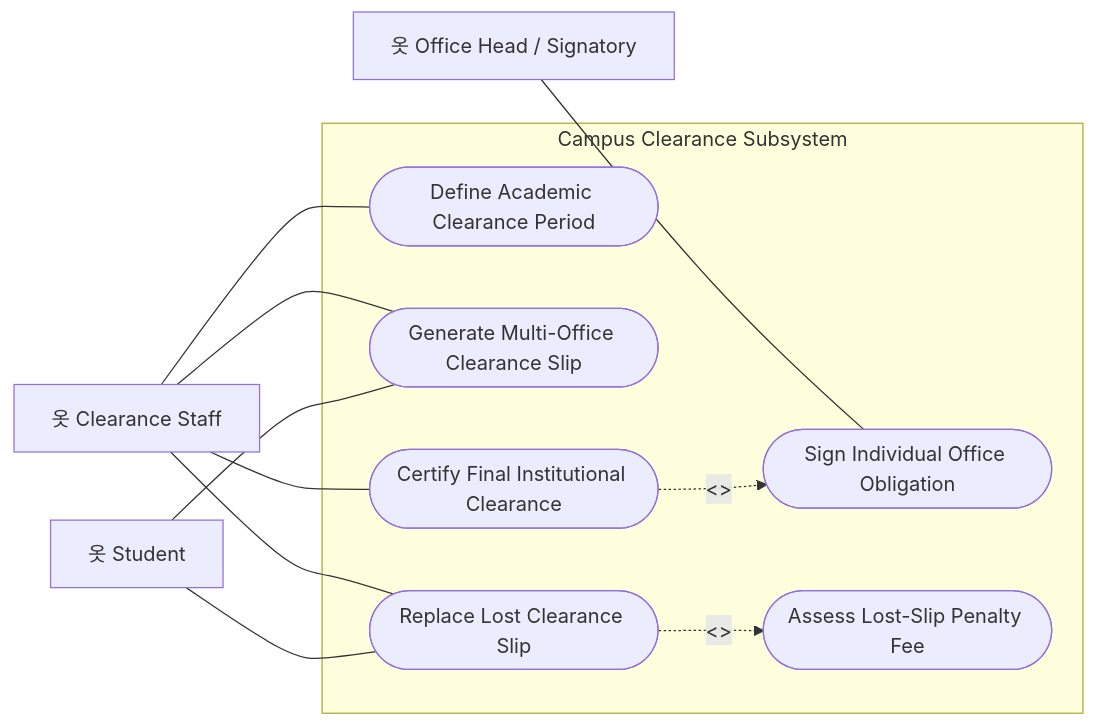
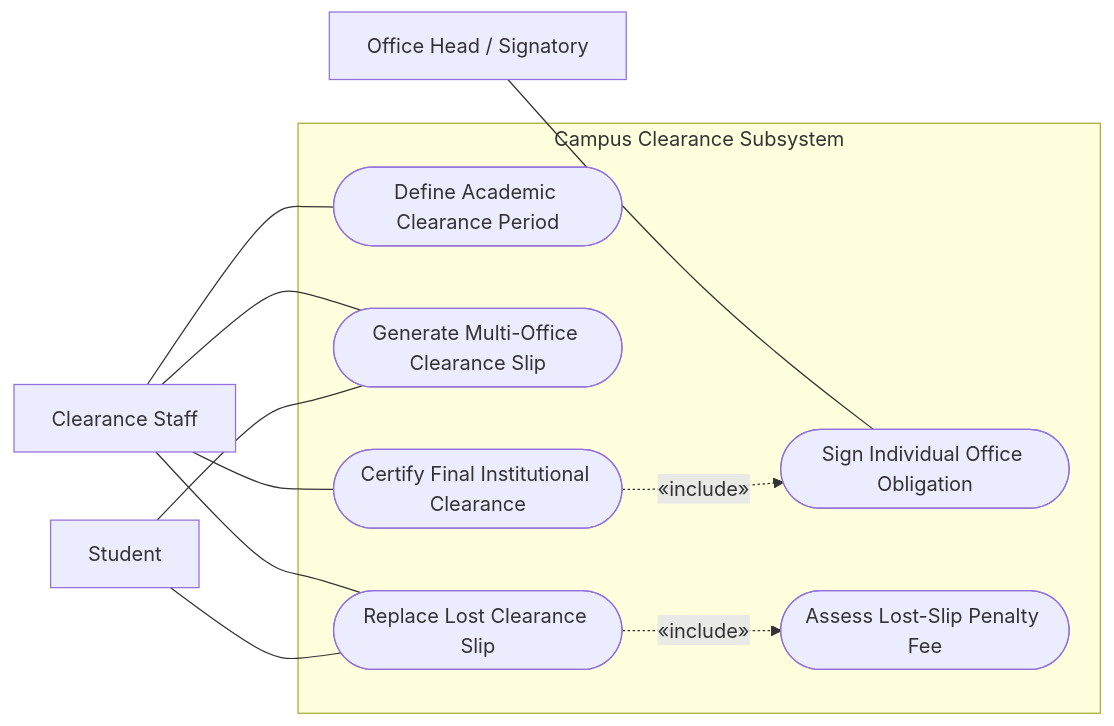
Diagram 11 of 17 in Documentation/Use-Case-Diagram-Guide.md (kirbygeagonia-create/EnrollmentManagementSystem), drawn with Mermaid before and after one commit. The commit also changed other lines of this file and 51 other files, not shown here.

````diff
--- a/Documentation/Use-Case-Diagram-Guide.md
+++ b/Documentation/Use-Case-Diagram-Guide.md
@@ -538,27 +540,27 @@
 ```mermaid
 flowchart LR
-    A_Clr["옷 Clearance Staff"]
-    A_Head["옷 Office Head / Signatory"]
-    A_Stud["옷 Student"]
+    A_Clr["Clearance Staff"]
+    A_Head["Office Head / Signatory"]
+    A_Stud["Student"]
 
     subgraph SYSTEM ["Campus Clearance Subsystem"]
         UC_CL01(["Define Academic Clearance Period"])
         UC_CL02(["Generate Multi-Office Clearance Slip"])
         UC_CL03(["Sign Individual Office Obligation"])
         UC_CL04(["Replace Lost Clearance Slip"])
         UC_CL05(["Assess Lost-Slip Penalty Fee"])
         UC_CL06(["Certify Final Institutional Clearance"])
     end
 
     A_Clr --- UC_CL01
     A_Clr --- UC_CL02
     A_Clr --- UC_CL04
     A_Clr --- UC_CL06
 
     A_Head --- UC_CL03
     A_Stud --- UC_CL02
     A_Stud --- UC_CL04
 
-    UC_CL04 -.->|"<<include>>"| UC_CL05
-    UC_CL06 -.->|"<<include>>"| UC_CL03
+    UC_CL04 -.->|"«include»"| UC_CL05
+    UC_CL06 -.->|"«include»"| UC_CL03
 ```
````
